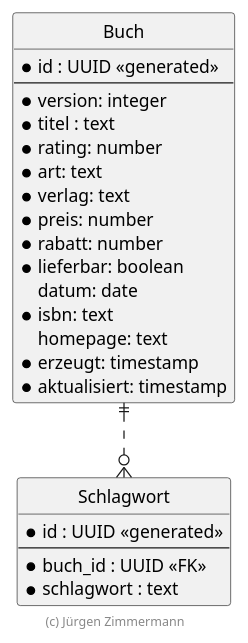
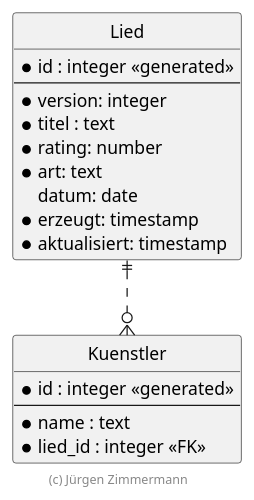
The diagram in .extras/doc/entwicklerhandbuch/ER-Diagramm.plantuml (ericweres/swe-lied), drawn with PlantUML before and after one commit. The commit also changed 8 other files, not shown here.

Commit message:
chore: updated plantuml documentation

```diff
--- a/.extras/doc/entwicklerhandbuch/ER-Diagramm.plantuml
+++ b/.extras/doc/entwicklerhandbuch/ER-Diagramm.plantuml
@@ -18,38 +18,32 @@
 @startuml ER Diagramm
 
 ' hide the spot
 hide circle
 
 ' evtl. Prbleme mit Kraehenfuessen vermeiden
 skinparam linetype ortho
 
-entity "Buch" {
-  *id : UUID <<generated>>
+entity "Lied" {
+  *id : integer <<generated>>
   --
   *version: integer
   *titel : text
   *rating: number
   *art: text
-  *verlag: text
-  *preis: number
-  *rabatt: number
-  *lieferbar: boolean
   datum: date
-  *isbn: text
-  homepage: text
   *erzeugt: timestamp
   *aktualisiert: timestamp
 }
 
-entity "Schlagwort" {
-  *id : UUID <<generated>>
+entity "Kuenstler" {
+  *id : integer <<generated>>
   --
-  *buch_id : UUID <<FK>>
-  *schlagwort : text
+  *name : text
+  *lied_id : integer <<FK>>
 }
 
-Buch ||..o{ Schlagwort
+Lied ||..o{ Kuenstler
 
 footer (c) Jürgen Zimmermann
 
 @enduml
```
